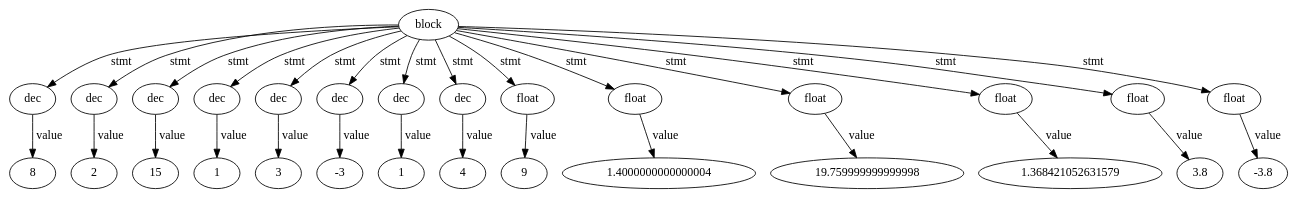
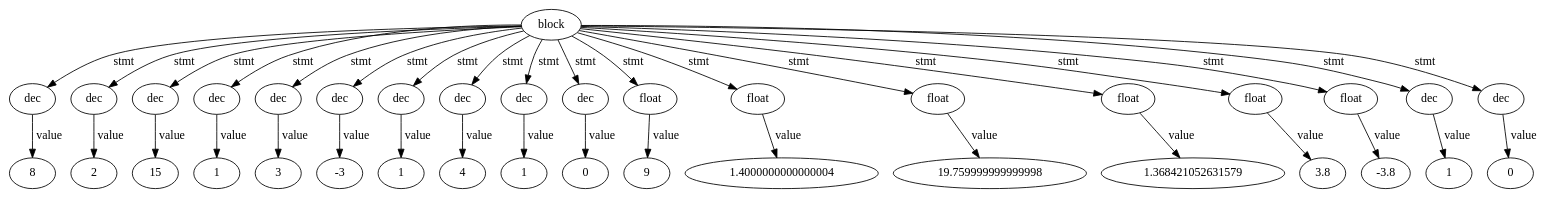
Before and after one commit to EbbDrop/c89-compiler: the diagram in test_expected/operators.dot, drawn with Graphviz. The commit also changed 31 other files, not shown here.

```diff
--- a/test_expected/operators.dot
+++ b/test_expected/operators.dot
@@ -1,60 +1,76 @@
 digraph AST {
  ordering="out"
  "0" [label="block"];
  "0" -> "1" [label="stmt"];
  "1" [label="dec"];
  "1" -> "2" [label="value"];
  "2" [label="8"];
  "0" -> "3" [label="stmt"];
  "3" [label="dec"];
  "3" -> "4" [label="value"];
  "4" [label="2"];
  "0" -> "5" [label="stmt"];
  "5" [label="dec"];
  "5" -> "6" [label="value"];
  "6" [label="15"];
  "0" -> "7" [label="stmt"];
  "7" [label="dec"];
  "7" -> "8" [label="value"];
  "8" [label="1"];
  "0" -> "9" [label="stmt"];
  "9" [label="dec"];
  "9" -> "10" [label="value"];
  "10" [label="3"];
  "0" -> "11" [label="stmt"];
  "11" [label="dec"];
  "11" -> "12" [label="value"];
  "12" [label="-3"];
  "0" -> "13" [label="stmt"];
  "13" [label="dec"];
  "13" -> "14" [label="value"];
  "14" [label="1"];
  "0" -> "15" [label="stmt"];
  "15" [label="dec"];
  "15" -> "16" [label="value"];
  "16" [label="4"];
  "0" -> "17" [label="stmt"];
- "17" [label="float"];
+ "17" [label="dec"];
  "17" -> "18" [label="value"];
- "18" [label="9"];
+ "18" [label="1"];
  "0" -> "19" [label="stmt"];
- "19" [label="float"];
+ "19" [label="dec"];
  "19" -> "20" [label="value"];
- "20" [label="1.4000000000000004"];
+ "20" [label="0"];
  "0" -> "21" [label="stmt"];
  "21" [label="float"];
  "21" -> "22" [label="value"];
- "22" [label="19.759999999999998"];
+ "22" [label="9"];
  "0" -> "23" [label="stmt"];
  "23" [label="float"];
  "23" -> "24" [label="value"];
- "24" [label="1.368421052631579"];
+ "24" [label="1.4000000000000004"];
  "0" -> "25" [label="stmt"];
  "25" [label="float"];
  "25" -> "26" [label="value"];
- "26" [label="3.8"];
+ "26" [label="19.759999999999998"];
  "0" -> "27" [label="stmt"];
  "27" [label="float"];
  "27" -> "28" [label="value"];
- "28" [label="-3.8"];
+ "28" [label="1.368421052631579"];
+ "0" -> "29" [label="stmt"];
+ "29" [label="float"];
+ "29" -> "30" [label="value"];
+ "30" [label="3.8"];
+ "0" -> "31" [label="stmt"];
+ "31" [label="float"];
+ "31" -> "32" [label="value"];
+ "32" [label="-3.8"];
+ "0" -> "33" [label="stmt"];
+ "33" [label="dec"];
+ "33" -> "34" [label="value"];
+ "34" [label="1"];
+ "0" -> "35" [label="stmt"];
+ "35" [label="dec"];
+ "35" -> "36" [label="value"];
+ "36" [label="0"];
 }
```
